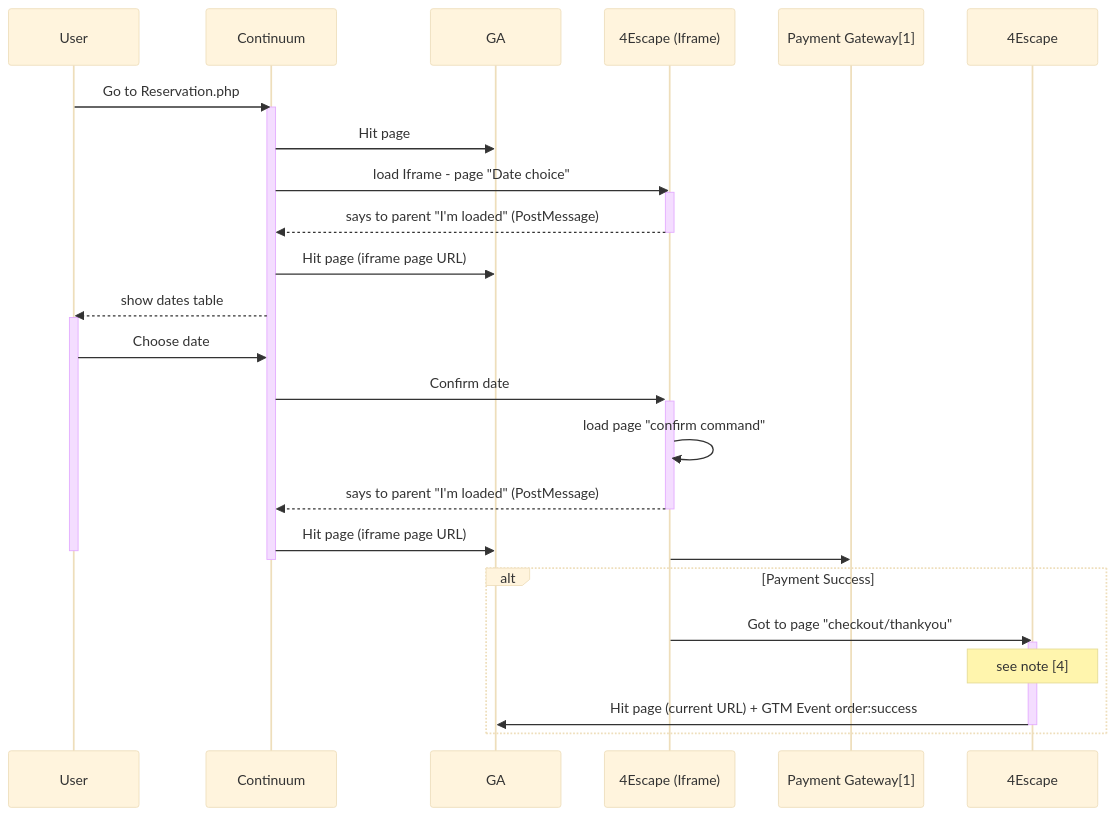
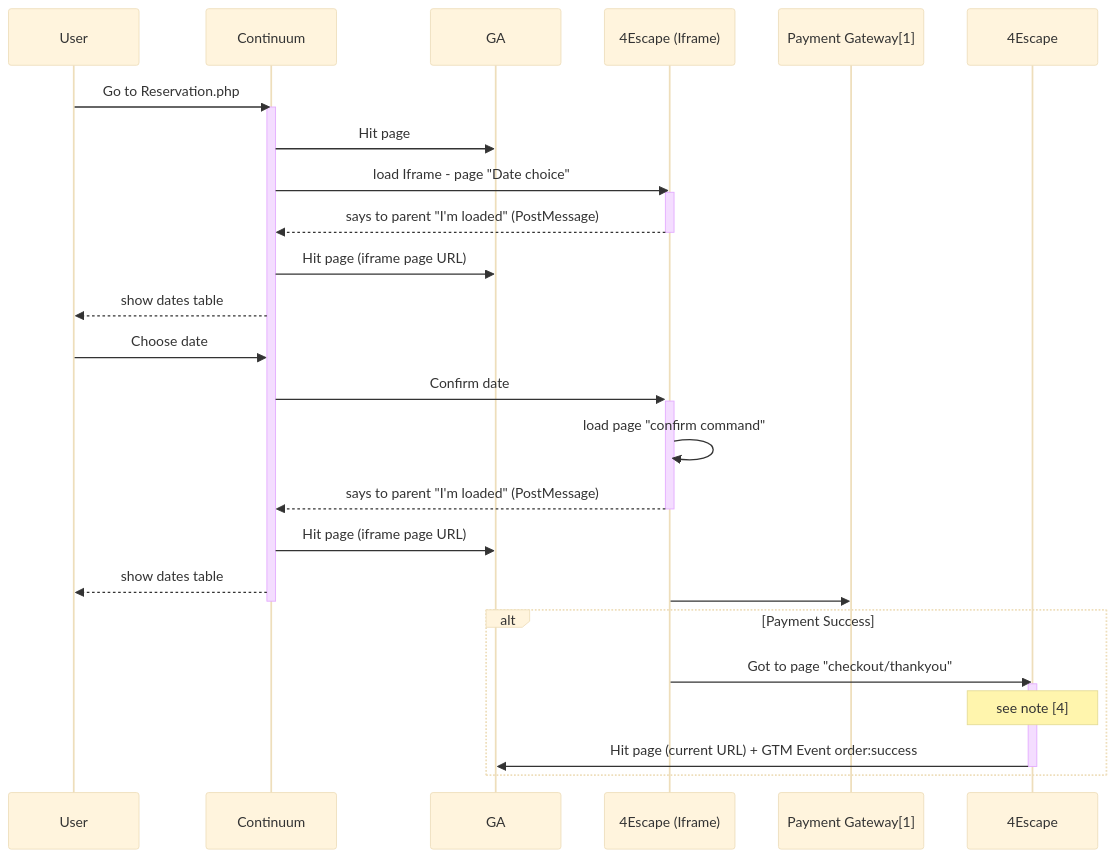
One commit to NansPellicari/stackEdit changed the diagram in doc/continuum/Sequence-session.md. Above: the diagram before and after it, drawn with Mermaid (base theme). The commit also changed other lines of this file, not shown here.

Commit message:
doc/continuum/Sequence-session.md updated from https://stackedit.io/

````diff
--- a/doc/continuum/Sequence-session.md
+++ b/doc/continuum/Sequence-session.md
@@ -1,28 +1,28 @@
 ```mermaid
 sequenceDiagram
 User->>Continuum: Go to Reservation.php
 activate Continuum
 Continuum->>GA: Hit page
 Continuum->>4Escape (Iframe): load Iframe - page "Date choice"
 activate 4Escape (Iframe)
 4Escape (Iframe)-->>Continuum: says to parent "I'm loaded" (PostMessage)
 deactivate 4Escape (Iframe)
 Continuum->>GA: Hit page (iframe page URL)
 Continuum-->>User: show dates table
-activate User
+
 User->>Continuum: Choose date 
 Continuum->>+4Escape (Iframe): Confirm date
 4Escape (Iframe)->>4Escape (Iframe): load page "confirm command"
 4Escape (Iframe)-->>-Continuum: says to parent "I'm loaded" (PostMessage)
 Continuum->>GA: Hit page (iframe page URL)
-deactivate User
+Continuum-->>User: show dates table
 4Escape (Iframe)->>Payment Gateway[1]: 
 deactivate Continuum
 alt Payment Success
 	4Escape (Iframe)->>4Escape: Got to page "checkout/thankyou"
 	activate 4Escape
 	Note over 4Escape: see note [4]
 	4Escape->>GA: Hit page (current URL) + GTM Event order:success
 	deactivate 4Escape
 end
 ```
````
